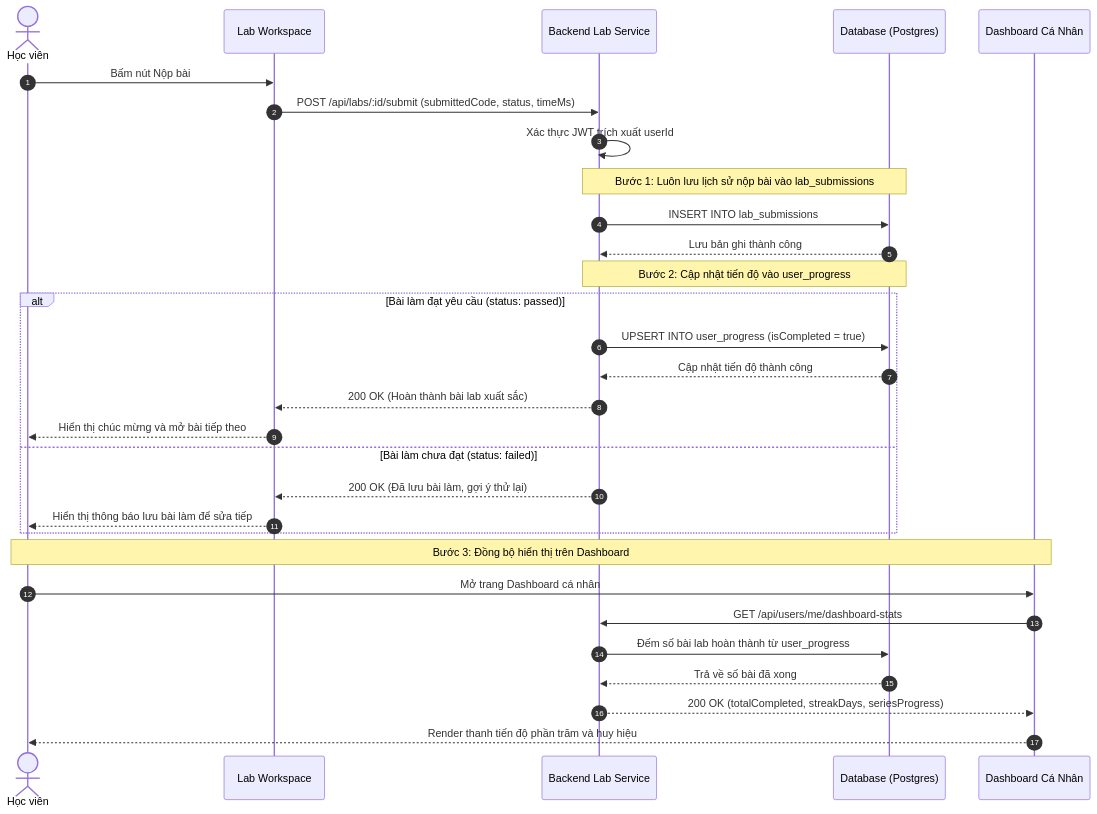
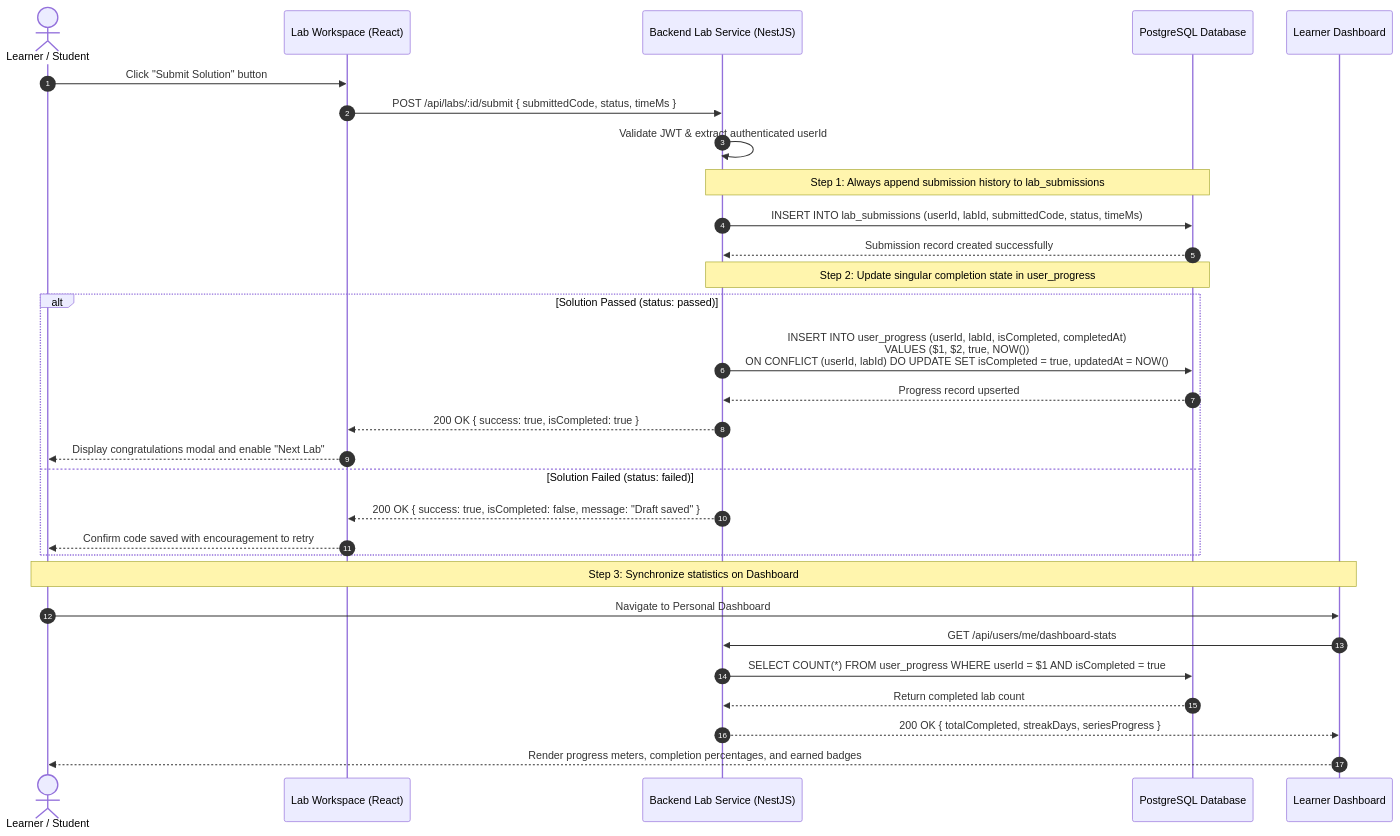
The third of 3 diagrams in docs/workflows/04-lab-submission-progress.md (NguyenKhanhDuy2703/project_education), drawn with Mermaid before and after one commit. The commit also changed other lines of this file and 20 other files, not shown here.

Commit message:
docs(workflows): clean up legacy files, standardize 01-12 sequence, and translate to English

````diff
--- a/docs/workflows/04-lab-submission-progress.md
+++ b/docs/workflows/04-lab-submission-progress.md
@@ -115,36 +119,36 @@
 ```mermaid
 sequenceDiagram
     autonumber
-    actor User as Học viên
-    participant FE as Lab Workspace
-    participant BE as Backend Lab Service
-    participant DB as Database (Postgres)
-    participant Dash as Dashboard Cá Nhân
+    actor User as Learner / Student
+    participant FE as Lab Workspace (React)
+    participant BE as Backend Lab Service (NestJS)
+    participant DB as PostgreSQL Database
+    participant Dash as Learner Dashboard
 
-    User->>FE: Bấm nút Nộp bài
-    FE->>BE: POST /api/labs/:id/submit (submittedCode, status, timeMs)
-    BE->>BE: Xác thực JWT trích xuất userId
+    User->>FE: Click "Submit Solution" button
+    FE->>BE: POST /api/labs/:id/submit { submittedCode, status, timeMs }
+    BE->>BE: Validate JWT & extract authenticated userId
     
-    Note over BE, DB: Bước 1: Luôn lưu lịch sử nộp bài vào lab_submissions
-    BE->>DB: INSERT INTO lab_submissions
-    DB-->>BE: Lưu bản ghi thành công
+    Note over BE, DB: Step 1: Always append submission history to lab_submissions
+    BE->>DB: INSERT INTO lab_submissions (userId, labId, submittedCode, status, timeMs)
+    DB-->>BE: Submission record created successfully
 
-    Note over BE, DB: Bước 2: Cập nhật tiến độ vào user_progress
-    alt Bài làm đạt yêu cầu (status: passed)
-        BE->>DB: UPSERT INTO user_progress (isCompleted = true)
-        DB-->>BE: Cập nhật tiến độ thành công
-        BE-->>FE: 200 OK (Hoàn thành bài lab xuất sắc)
-        FE-->>User: Hiển thị chúc mừng và mở bài tiếp theo
-    else Bài làm chưa đạt (status: failed)
-        BE-->>FE: 200 OK (Đã lưu bài làm, gợi ý thử lại)
-        FE-->>User: Hiển thị thông báo lưu bài làm để sửa tiếp
+    Note over BE, DB: Step 2: Update singular completion state in user_progress
+    alt Solution Passed (status: passed)
+        BE->>DB: INSERT INTO user_progress (userId, labId, isCompleted, completedAt)<br/>VALUES ($1, $2, true, NOW())<br/>ON CONFLICT (userId, labId) DO UPDATE SET isCompleted = true, updatedAt = NOW()
+        DB-->>BE: Progress record upserted
+        BE-->>FE: 200 OK { success: true, isCompleted: true }
+        FE-->>User: Display congratulations modal and enable "Next Lab"
+    else Solution Failed (status: failed)
+        BE-->>FE: 200 OK { success: true, isCompleted: false, message: "Draft saved" }
+        FE-->>User: Confirm code saved with encouragement to retry
     end
 
-    Note over User, Dash: Bước 3: Đồng bộ hiển thị trên Dashboard
-    User->>Dash: Mở trang Dashboard cá nhân
+    Note over User, Dash: Step 3: Synchronize statistics on Dashboard
+    User->>Dash: Navigate to Personal Dashboard
     Dash->>BE: GET /api/users/me/dashboard-stats
-    BE->>DB: Đếm số bài lab hoàn thành từ user_progress
-    DB-->>BE: Trả về số bài đã xong
-    BE-->>Dash: 200 OK (totalCompleted, streakDays, seriesProgress)
-    Dash-->>User: Render thanh tiến độ phần trăm và huy hiệu
+    BE->>DB: SELECT COUNT(*) FROM user_progress WHERE userId = $1 AND isCompleted = true
+    DB-->>BE: Return completed lab count
+    BE-->>Dash: 200 OK { totalCompleted, streakDays, seriesProgress }
+    Dash-->>User: Render progress meters, completion percentages, and earned badges
 ```
````
